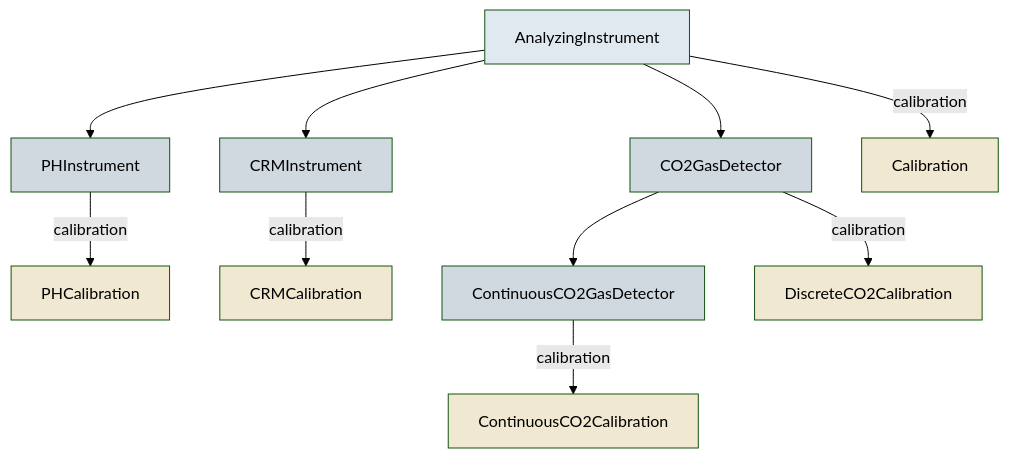
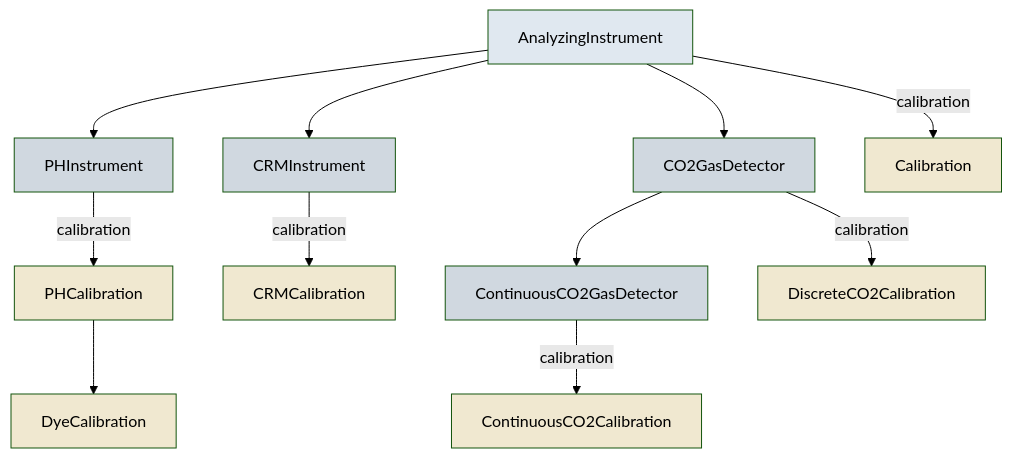
One commit to submarine-mrv/oae-data-protocol changed the diagram in src/docs/files/instruments-calibration/index.md. Above: the diagram before and after it, drawn with Mermaid (forest theme). The commit also changed other lines of this file and 10 other files, not shown here.

First line of the commit message:
feat(schema): rename project research_project to name, add pH calibration standard (#51)

````diff
--- a/src/docs/files/instruments-calibration/index.md
+++ b/src/docs/files/instruments-calibration/index.md
@@ -10,25 +10,27 @@
 ```mermaid
 graph TD
     AI["AnalyzingInstrument"]
     AI --> PHI["PHInstrument"]
     AI --> CRMI["CRMInstrument"]
     AI --> CO2D["CO2GasDetector"]
     CO2D --> CCO2D["ContinuousCO2GasDetector"]
 
     AI -->|calibration| C["Calibration"]
     PHI -->|calibration| PHC["PHCalibration"]
+    PHC --> DYEC["DyeCalibration"]
     CRMI -->|calibration| CRMC["CRMCalibration"]
     CO2D -->|calibration| DCO2C["DiscreteCO2Calibration"]
     CCO2D -->|calibration| CCO2C["ContinuousCO2Calibration"]
 
     style AI fill:#e0e8f0
     style PHI fill:#d0d8e0
     style CRMI fill:#d0d8e0
     style CO2D fill:#d0d8e0
     style CCO2D fill:#d0d8e0
     style C fill:#f0e8d0
     style PHC fill:#f0e8d0
+    style DYEC fill:#f0e8d0
     style CRMC fill:#f0e8d0
     style DCO2C fill:#f0e8d0
     style CCO2C fill:#f0e8d0
 ```
````
